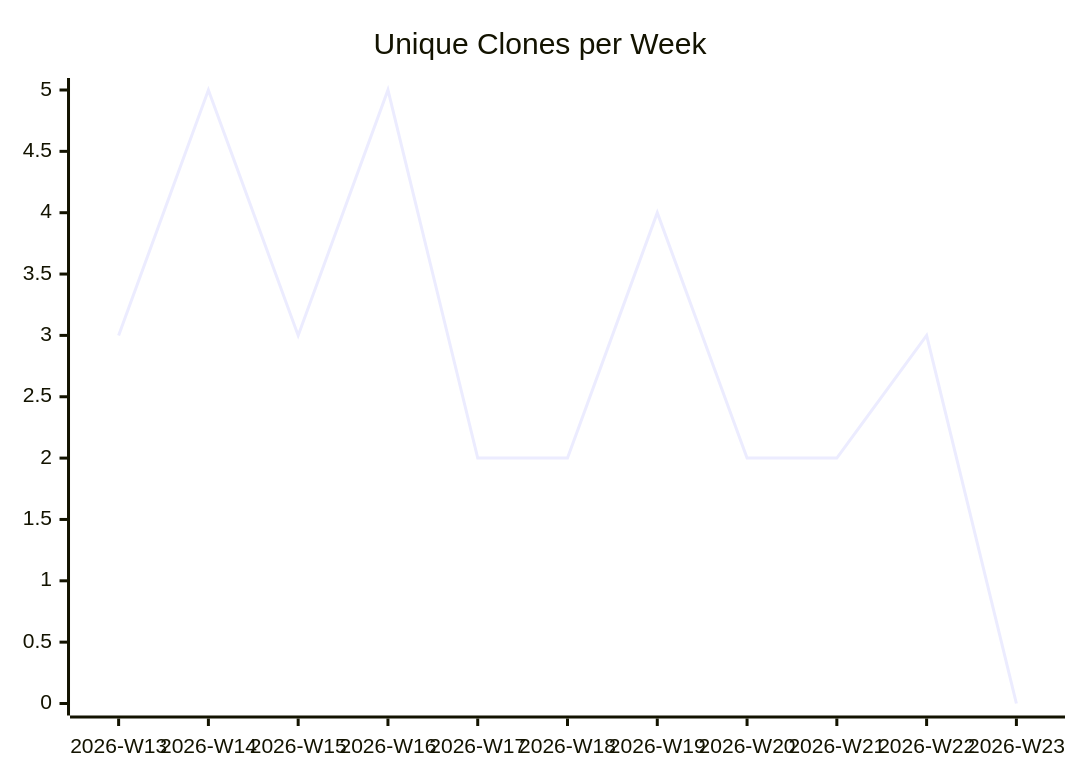
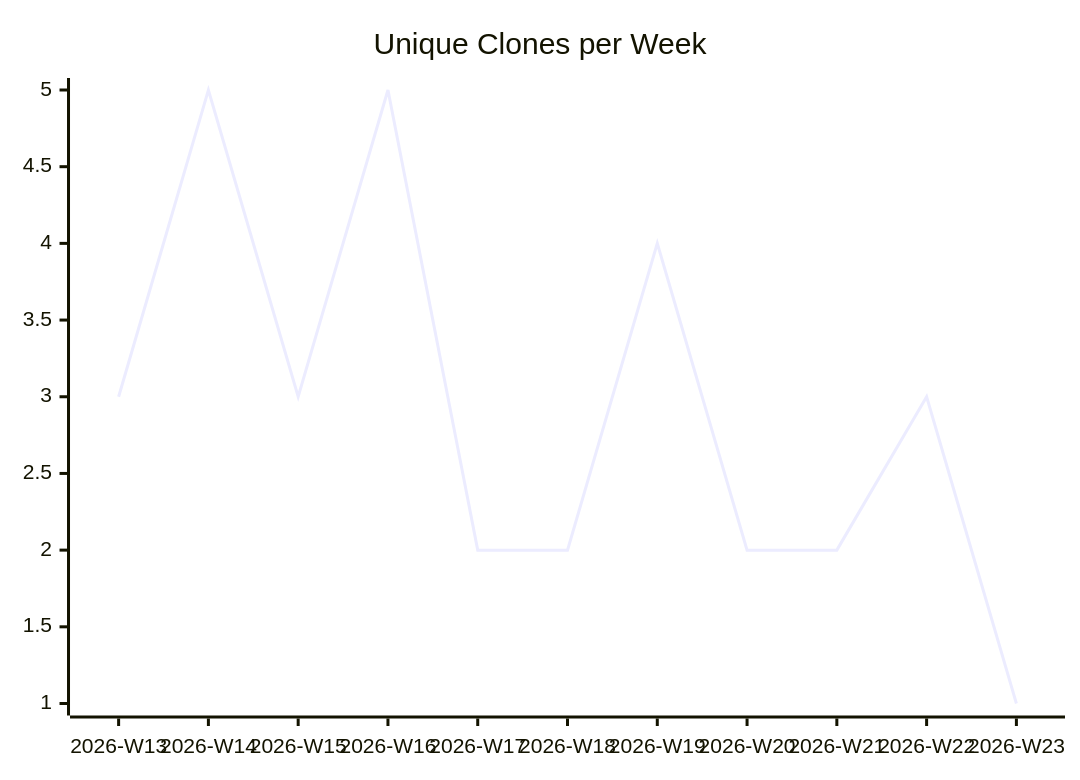
Before and after one commit to justdavis-family/github-analytics-data: the third of 3 diagrams in karlmdavis/ansible-role-bind-dns/README.md, drawn with Mermaid. The commit also changed other lines of this file and 189 other files, not shown here.

````diff
--- a/karlmdavis/ansible-role-bind-dns/README.md
+++ b/karlmdavis/ansible-role-bind-dns/README.md
@@ -19,6 +19,6 @@
 ```mermaid
 xychart-beta
   title "Unique Clones per Week"
   x-axis ["2026-W13", "2026-W14", "2026-W15", "2026-W16", "2026-W17", "2026-W18", "2026-W19", "2026-W20", "2026-W21", "2026-W22", "2026-W23"]
-  line [3, 5, 3, 5, 2, 2, 4, 2, 2, 3, 0]
+  line [3, 5, 3, 5, 2, 2, 4, 2, 2, 3, 1]
 ```
````
